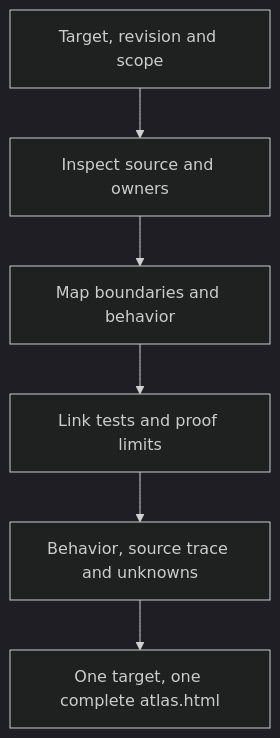
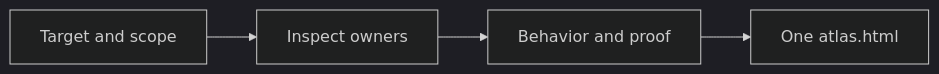
One commit to crististefanita/ATF_AI changed the diagram in artifacts/atlas/README.md. Above: the diagram before and after it, drawn with Mermaid (dark theme). The commit also changed other lines of this file and 111 other files, not shown here.

````diff
--- a/artifacts/atlas/README.md
+++ b/artifacts/atlas/README.md
@@ -36,8 +32,6 @@
 ```mermaid
-flowchart TB
-    Intake["Target, revision and scope"] --> Inventory["Inspect source and owners"]
-    Inventory --> Contracts["Map boundaries and behavior"]
-    Contracts --> Evidence["Link tests and proof limits"]
-    Evidence --> Map["Behavior, source trace and unknowns"]
-    Map --> Report["One target, one complete atlas.html"]
+flowchart LR
+    Intake["Target and scope"] --> Inspect["Inspect owners"]
+    Inspect --> Trace["Behavior and proof"]
+    Trace --> Report["One atlas.html"]
 ```
````
